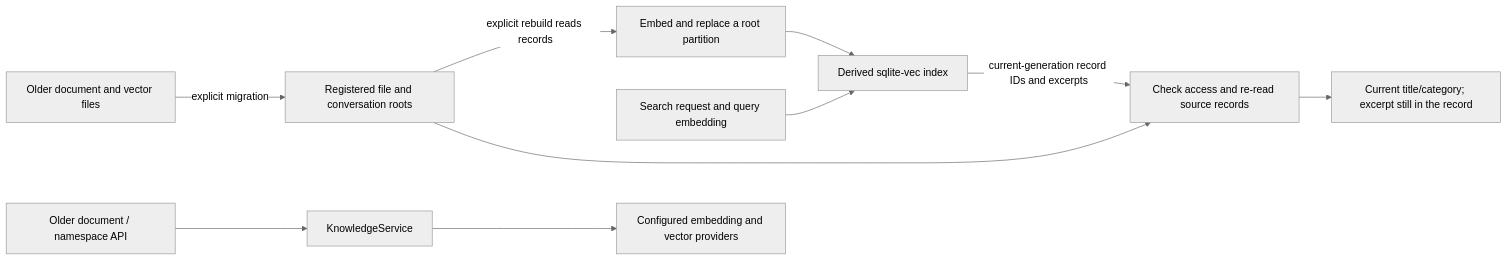
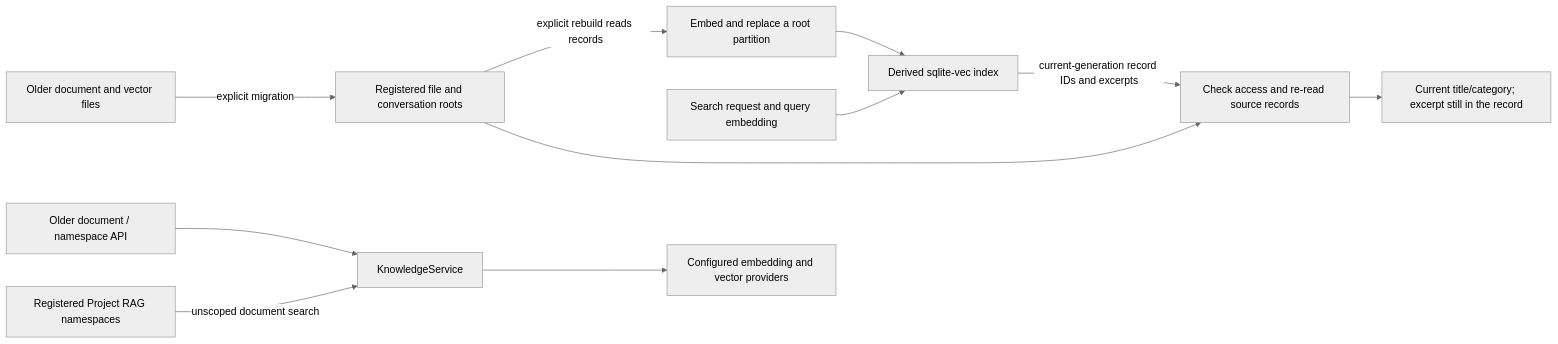
Before and after one commit to kontourai/station: the diagram in docs/guides/knowledge.md, drawn with Mermaid (neutral theme). The commit also changed other lines of this file and 9 other files, not shown here.

````diff
--- a/docs/guides/knowledge.md
+++ b/docs/guides/knowledge.md
@@ -109,12 +115,13 @@
 ```mermaid
 flowchart LR
   Roots["Registered file and conversation roots"] -->|"explicit rebuild reads records"| Build["Embed and replace a root partition"]
   Build --> Index["Derived sqlite-vec index"]
   Search["Search request and query embedding"] --> Index
   Index -->|"current-generation record IDs and excerpts"| Resolve["Check access and re-read source records"]
   Roots --> Resolve
   Resolve --> Result["Current title/category; excerpt still in the record"]
   Legacy["Older document / namespace API"] --> Service["KnowledgeService"]
+  Namespaces["Registered Project RAG namespaces"] -->|unscoped document search| Service
   Service --> Providers["Configured embedding and vector providers"]
   OldFiles["Older document and vector files"] -->|"explicit migration"| Roots
 ```
````
